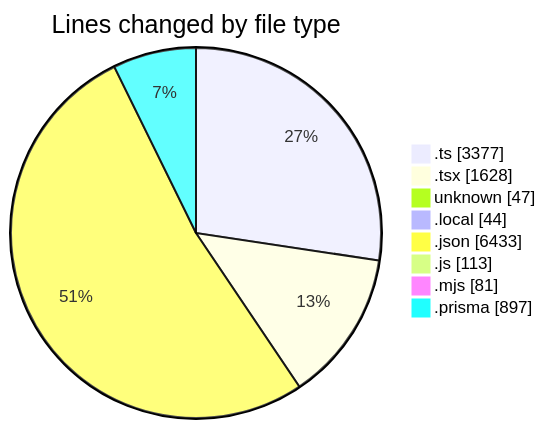
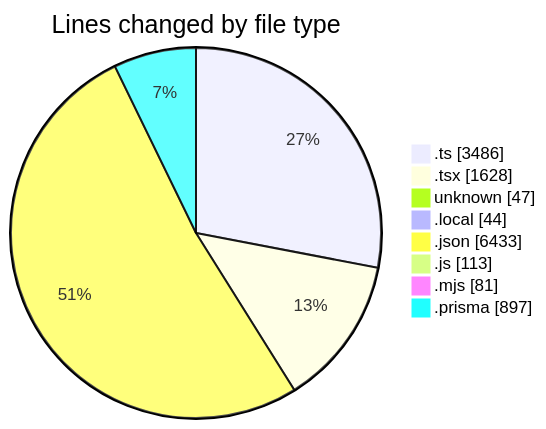
One commit to CELIANVF/code-tracking changed the first of 2 diagrams in 2025-05-16/ecodeli-1/README.md. Above: the diagram before and after it, drawn with Mermaid. The commit also changed other lines of this file and 1 other file, not shown here.

````diff
--- a/2025-05-16/ecodeli-1/README.md
+++ b/2025-05-16/ecodeli-1/README.md
@@ -45,12 +46,12 @@
 ```mermaid
 pie showData
 title Lines changed by file type
-".ts" : 3377
+".ts" : 3486
 ".tsx" : 1628
 "unknown" : 47
 ".local" : 44
 ".json" : 6433
 ".js" : 113
 ".mjs" : 81
 ".prisma" : 897
 ```
````
